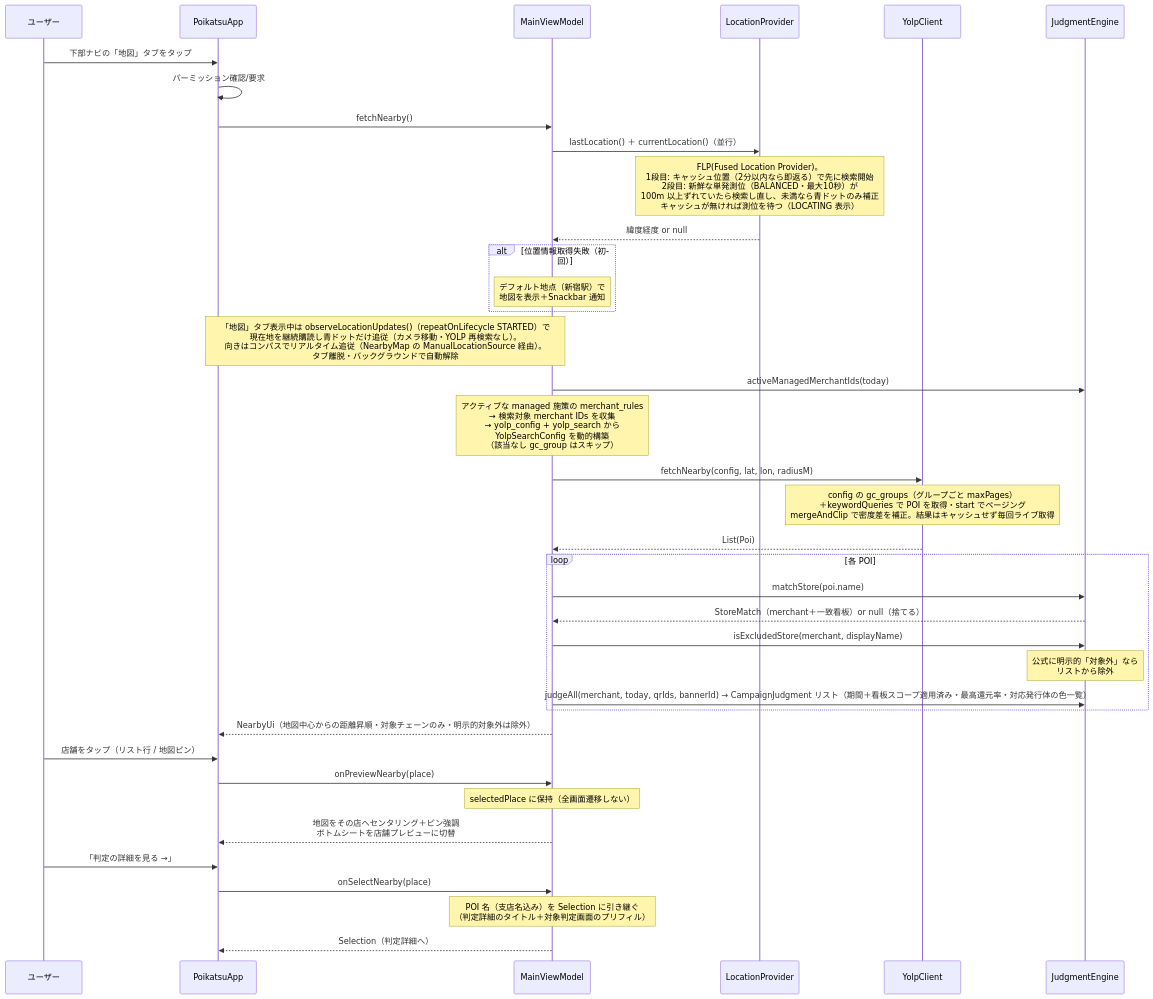
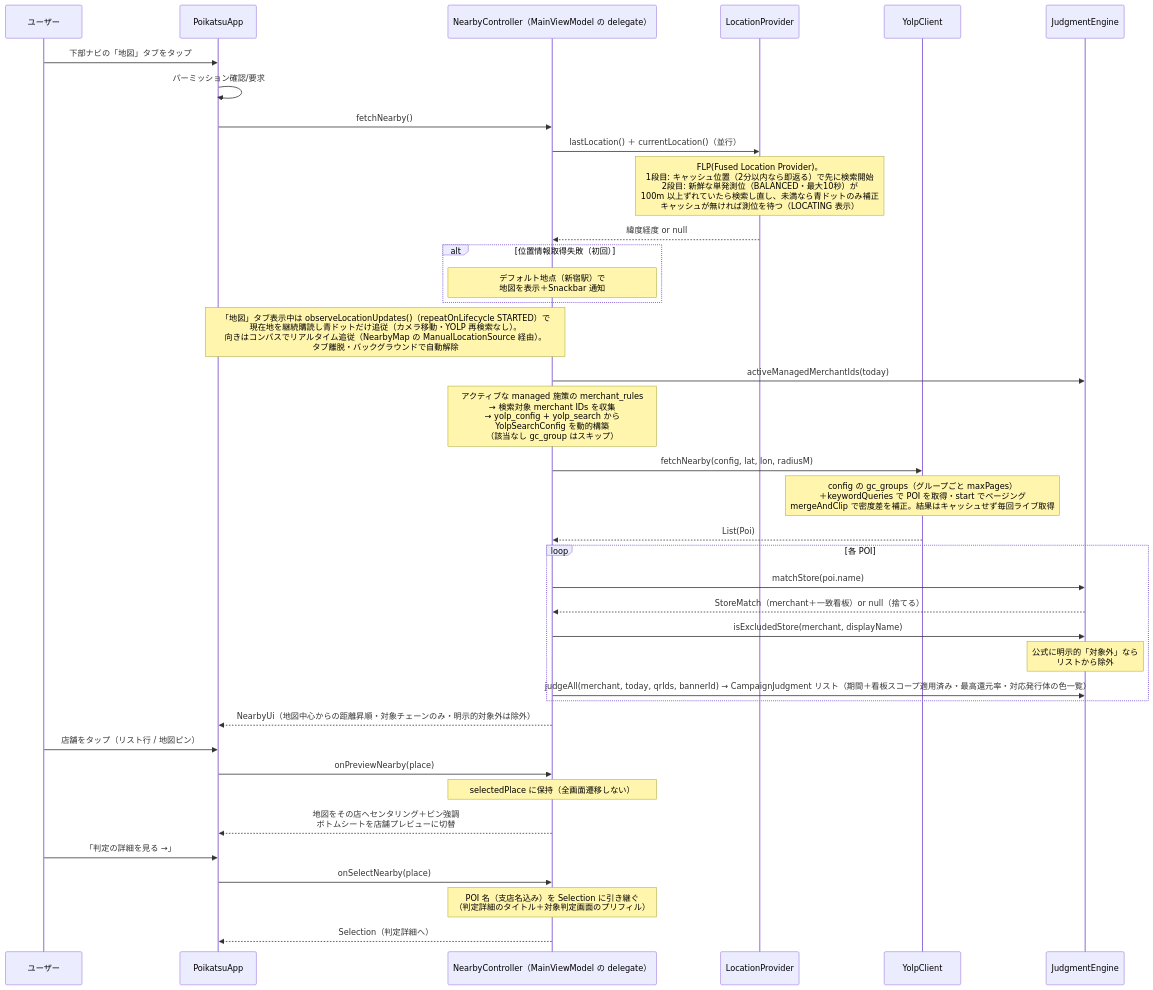
Before and after one commit to ktakjm/poikatsu: the sixth of 6 diagrams in docs/code-guide.md, drawn with Mermaid. The commit also changed other lines of this file and 6 other files, not shown here.

First line of the commit message:
refactor: 地図タブを切り出し(PoikatsuApp 917行→NearbyScreen、MainViewModel の地図系→NearbyController delegate) (#88)

````diff
--- a/docs/code-guide.md
+++ b/docs/code-guide.md
@@ -614,41 +616,41 @@
 ```mermaid
 sequenceDiagram
     participant U as ユーザー
     participant SC as PoikatsuApp
-    participant VM as MainViewModel
+    participant VM as NearbyController（MainViewModel の delegate）
     participant LP as LocationProvider
     participant YC as YolpClient
     participant JE as JudgmentEngine
 
     U->>SC: 下部ナビの「地図」タブをタップ
     SC->>SC: パーミッション確認/要求
     SC->>VM: fetchNearby()
     VM->>LP: lastLocation() ＋ currentLocation()（並行）
     Note over LP: FLP(Fused Location Provider)。<br/>1段目: キャッシュ位置（2分以内なら即返る）で先に検索開始<br/>2段目: 新鮮な単発測位（BALANCED・最大10秒）が<br/>100m 以上ずれていたら検索し直し、未満なら青ドットのみ補正<br/>キャッシュが無ければ測位を待つ（LOCATING 表示）
     LP-->>VM: 緯度経度 or null
     alt 位置情報取得失敗（初回）
         Note over VM: デフォルト地点（新宿駅）で<br/>地図を表示＋Snackbar 通知
     end
     Note over SC,VM: 「地図」タブ表示中は observeLocationUpdates()（repeatOnLifecycle STARTED）で<br/>現在地を継続購読し青ドットだけ追従（カメラ移動・YOLP 再検索なし）。<br/>向きはコンパスでリアルタイム追従（NearbyMap の ManualLocationSource 経由）。<br/>タブ離脱・バックグラウンドで自動解除
     VM->>JE: activeManagedMerchantIds(today)
     Note over VM: アクティブな managed 施策の merchant_rules<br/>→ 検索対象 merchant IDs を収集<br/>→ yolp_config + yolp_search から<br/>YolpSearchConfig を動的構築<br/>（該当なし gc_group はスキップ）
     VM->>YC: fetchNearby(config, lat, lon, radiusM)
     Note over YC: config の gc_groups（グループごと maxPages）<br/>＋keywordQueries で POI を取得・start でページング<br/>mergeAndClip で密度差を補正。結果はキャッシュせず毎回ライブ取得
     YC-->>VM: List(Poi)
     loop 各 POI
         VM->>JE: matchStore(poi.name)
         JE-->>VM: StoreMatch（merchant＋一致看板）or null（捨てる）
         VM->>JE: isExcludedStore(merchant, displayName)
         Note over JE: 公式に明示的「対象外」なら<br/>リストから除外
         VM->>JE: judgeAll(merchant, today, qrIds, bannerId) → CampaignJudgment リスト（期間＋看板スコープ適用済み・最高還元率・対応発行体の色一覧）
     end
     VM-->>SC: NearbyUi（地図中心からの距離昇順・対象チェーンのみ・明示的対象外は除外）
     U->>SC: 店舗をタップ（リスト行 / 地図ピン）
     SC->>VM: onPreviewNearby(place)
     Note over VM: selectedPlace に保持（全画面遷移しない）
     VM-->>SC: 地図をその店へセンタリング＋ピン強調<br/>ボトムシートを店舗プレビューに切替
     U->>SC: 「判定の詳細を見る →」
     SC->>VM: onSelectNearby(place)
     Note over VM: POI 名（支店名込み）を Selection に引き継ぐ<br/>（判定詳細のタイトル＋対象判定画面のプリフィル）
     VM-->>SC: Selection（判定詳細へ）
 ```
````
